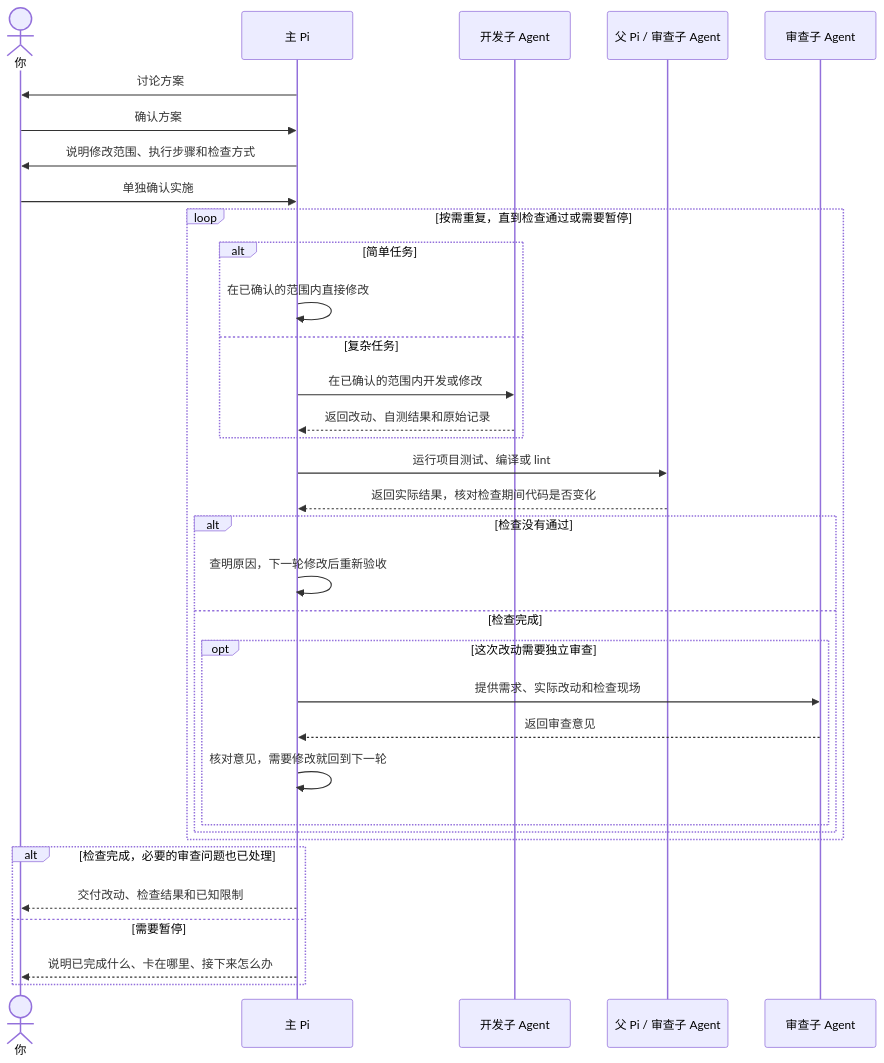
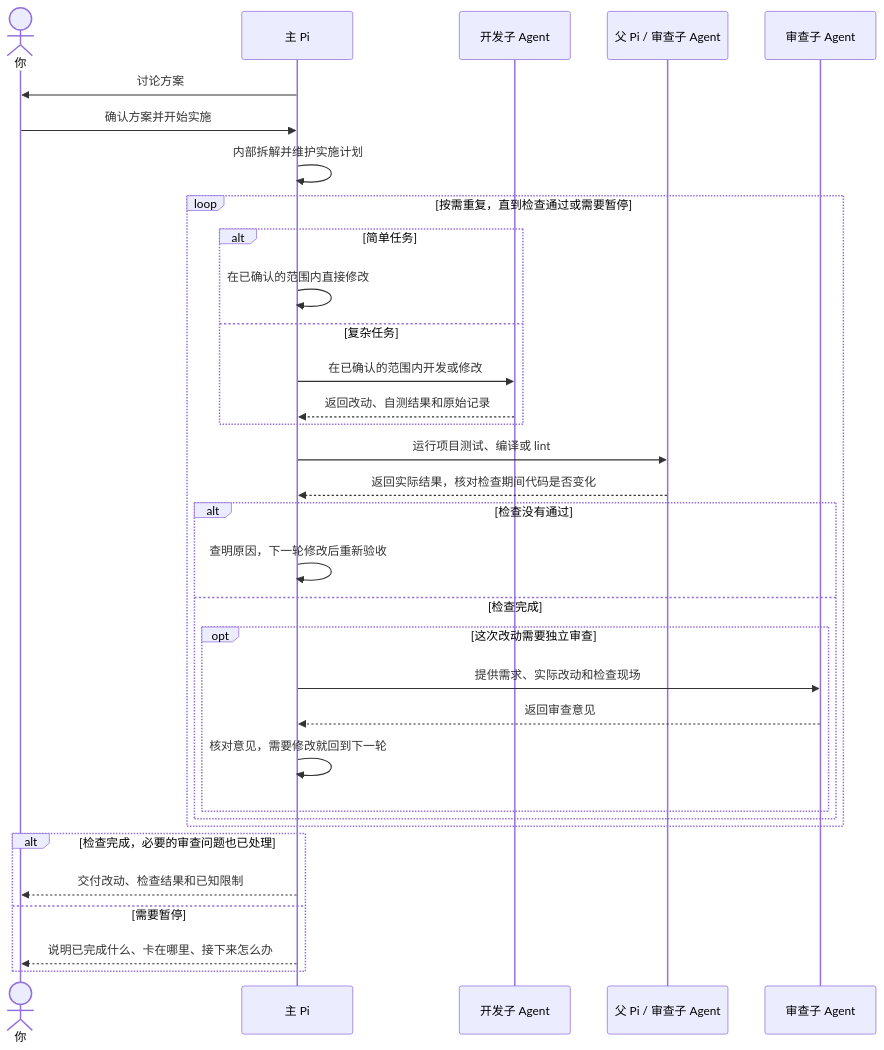
One commit to small-xiexu/pi-adaptive-delivery changed the second of 2 diagrams in README.md. Above: the diagram before and after it, drawn with Mermaid. The commit also changed other lines of this file and 22 other files, not shown here.

````diff
--- a/README.md
+++ b/README.md
@@ -106,36 +105,35 @@
 ```mermaid
 sequenceDiagram
     actor U as 你
     participant P as 主 Pi
     participant D as 开发子 Agent
     participant V as 父 Pi / 审查子 Agent
     participant R as 审查子 Agent
     P->>U: 讨论方案
-    U->>P: 确认方案
-    P->>U: 说明修改范围、执行步骤和检查方式
-    U->>P: 单独确认实施
+    U->>P: 确认方案并开始实施
+    P->>P: 内部拆解并维护实施计划
     loop 按需重复，直到检查通过或需要暂停
         alt 简单任务
             P->>P: 在已确认的范围内直接修改
         else 复杂任务
             P->>D: 在已确认的范围内开发或修改
             D-->>P: 返回改动、自测结果和原始记录
         end
         P->>V: 运行项目测试、编译或 lint
         V-->>P: 返回实际结果，核对检查期间代码是否变化
         alt 检查没有通过
             P->>P: 查明原因，下一轮修改后重新验收
         else 检查完成
             opt 这次改动需要独立审查
                 P->>R: 提供需求、实际改动和检查现场
                 R-->>P: 返回审查意见
                 P->>P: 核对意见，需要修改就回到下一轮
             end
         end
     end
     alt 检查完成，必要的审查问题也已处理
         P-->>U: 交付改动、检查结果和已知限制
     else 需要暂停
         P-->>U: 说明已完成什么、卡在哪里、接下来怎么办
     end
 ```
````
